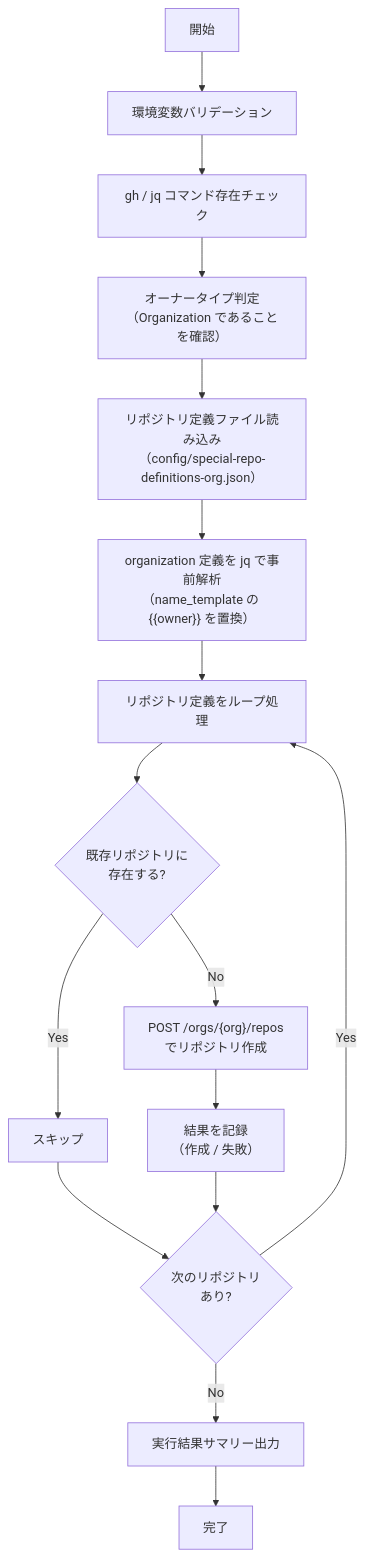
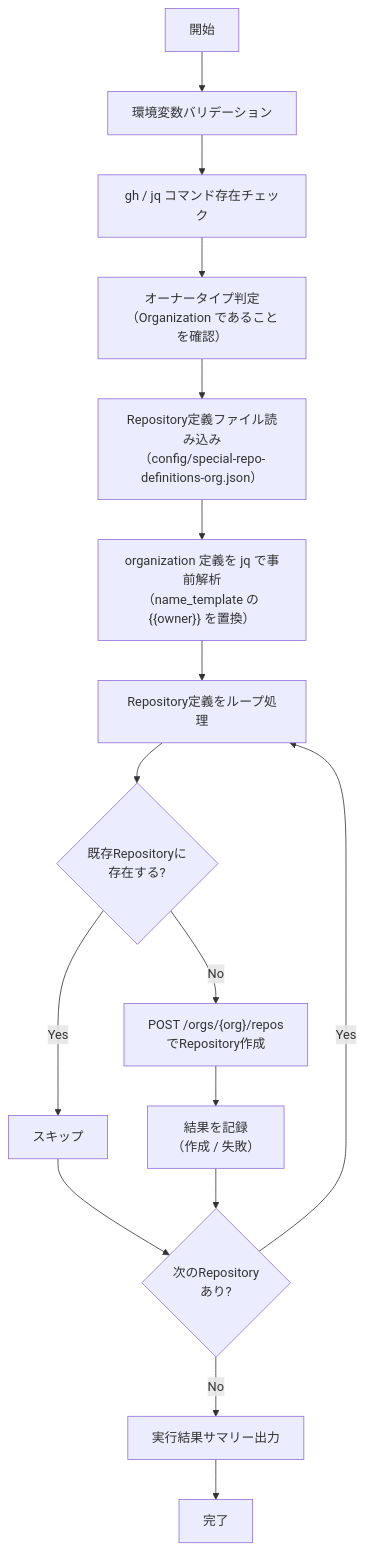
One commit to mabubu0203/github-projects-starter-kit changed the diagram in docs/scripts/create-special-repos-org.md. Above: the diagram before and after it, drawn with Mermaid. The commit also changed other lines of this file and 7 other files, not shown here.

````diff
--- a/docs/scripts/create-special-repos-org.md
+++ b/docs/scripts/create-special-repos-org.md
@@ -68,20 +68,20 @@
 ```mermaid
 flowchart TD
     A["開始"] --> B["環境変数バリデーション"]
     B --> C["gh / jq コマンド存在チェック"]
     C --> D["オーナータイプ判定\n（Organization であることを確認）"]
-    D --> E["リポジトリ定義ファイル読み込み\n（config/special-repo-definitions-org.json）"]
+    D --> E["Repository定義ファイル読み込み\n（config/special-repo-definitions-org.json）"]
     E --> F["organization 定義を jq で事前解析\n（name_template の {{owner}} を置換）"]
-    F --> G["リポジトリ定義をループ処理"]
+    F --> G["Repository定義をループ処理"]
 
-    G --> H{"既存リポジトリに\n存在する?"}
+    G --> H{"既存Repositoryに\n存在する?"}
     H -- "Yes" --> I["スキップ"]
-    H -- "No" --> J["POST /orgs/{org}/repos\nでリポジトリ作成"]
+    H -- "No" --> J["POST /orgs/{org}/repos\nでRepository作成"]
 
     J --> K["結果を記録\n（作成 / 失敗）"]
 
-    I & K --> L{"次のリポジトリ\nあり?"}
+    I & K --> L{"次のRepository\nあり?"}
     L -- "Yes" --> G
     L -- "No" --> M["実行結果サマリー出力"]
     M --> N["完了"]
 ```
````
